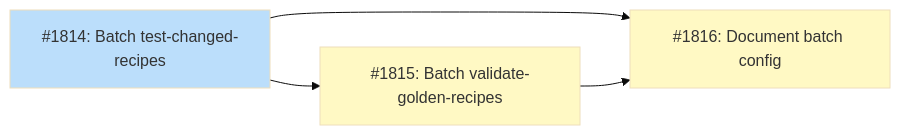
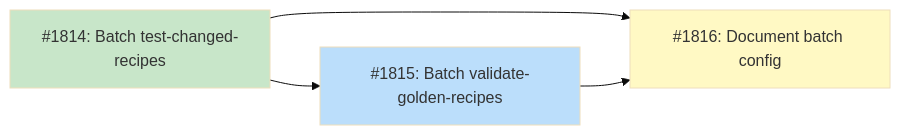
The diagram in docs/designs/DESIGN-recipe-ci-batching.md (tsukumogami/tsuku), drawn with Mermaid (base theme) before and after one commit. The commit also changed other lines of this file, not shown here.

Commit message:
docs(design): mark #1814 complete in implementation tracking
Update the design doc to strikethrough #1814 in the issues table
and transition its Mermaid class from ready to done, unblocking
#1815.

````diff
--- a/docs/designs/DESIGN-recipe-ci-batching.md
+++ b/docs/designs/DESIGN-recipe-ci-batching.md
@@ -45,19 +45,20 @@
 ```mermaid
 graph LR
     I1814["#1814: Batch test-changed-recipes"]
     I1815["#1815: Batch validate-golden-recipes"]
     I1816["#1816: Document batch config"]
 
     I1814 --> I1815
     I1814 --> I1816
     I1815 --> I1816
 
     classDef done fill:#c8e6c9
     classDef ready fill:#bbdefb
     classDef blocked fill:#fff9c4
     classDef needsDesign fill:#e1bee7
     classDef tracksDesign fill:#FFE0B2,stroke:#F57C00,color:#000
 
-    class I1814 ready
-    class I1815,I1816 blocked
+    class I1814 done
+    class I1815 ready
+    class I1816 blocked
 ```
````
